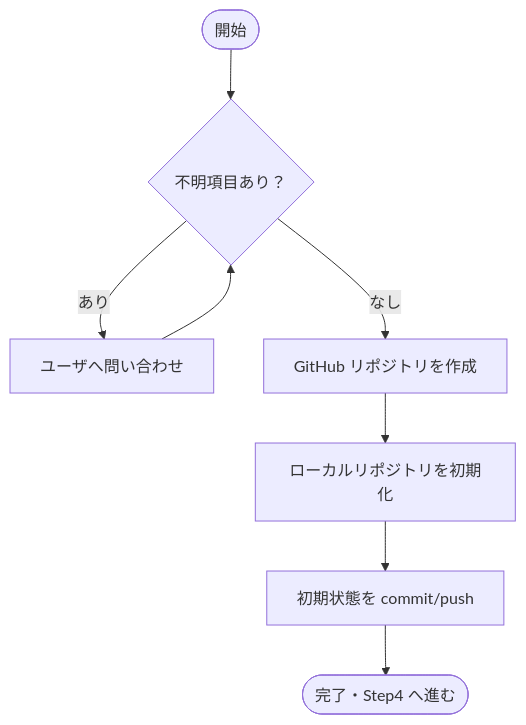
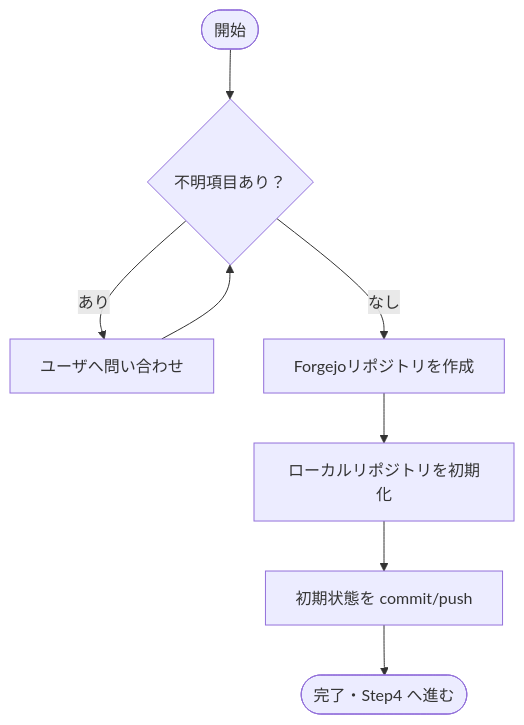
Before and after one commit to BossApe/lo-vibe: the seventh of 17 diagrams in _document/002.要件定義フェーズ/001.要件定義/001-01.機能要件定義書.md, drawn with Mermaid. The commit also changed other lines of this file and 38 other files, not shown here.

````diff
--- a/_document/002.要件定義フェーズ/001.要件定義/001-01.機能要件定義書.md
+++ b/_document/002.要件定義フェーズ/001.要件定義/001-01.機能要件定義書.md
@@ -285,10 +285,10 @@
 ```mermaid
 flowchart TD
     A([開始]) --> B{不明項目あり？}
     B -- あり --> C[ユーザへ問い合わせ]
     C --> B
-    B -- なし --> D[GitHub リポジトリを作成]
+    B -- なし --> D[Forgejoリポジトリを作成]
     D --> E[ローカルリポジトリを初期化]
     E --> F[初期状態を commit/push]
     F --> G([完了・Step4 へ進む])
 ```
````
